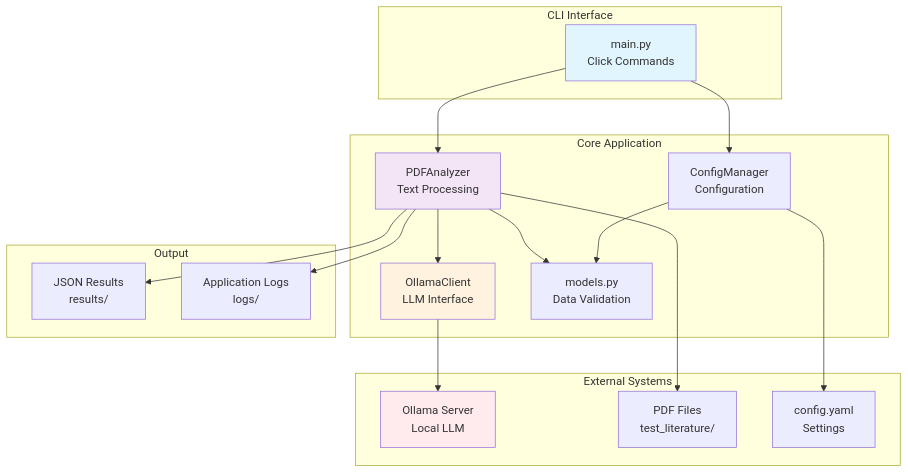
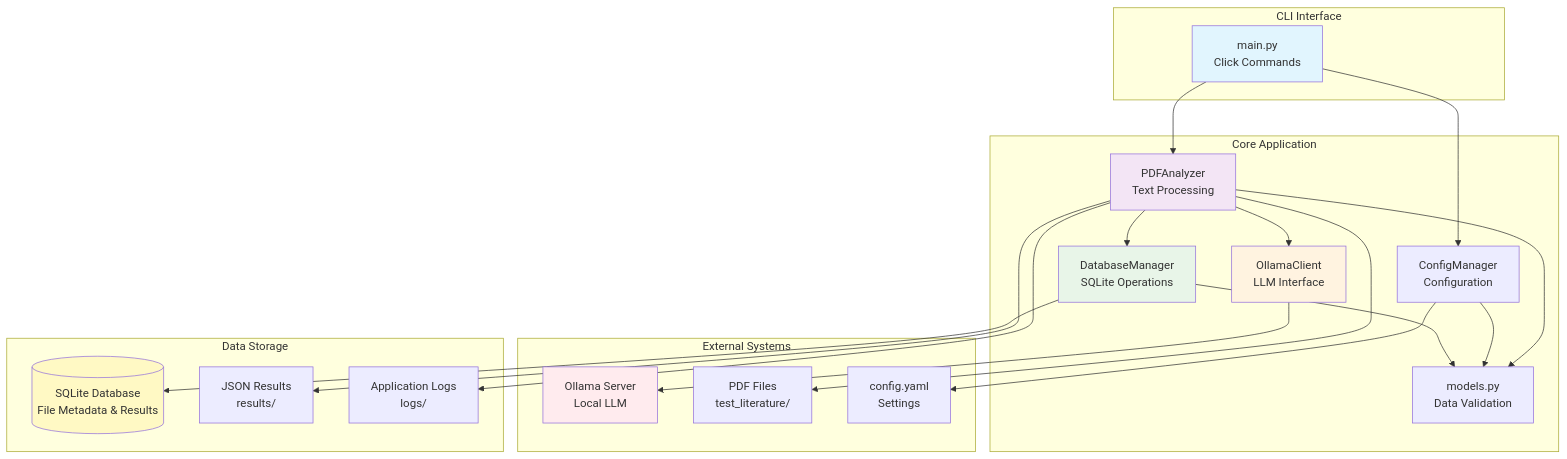
Before and after one commit to JoJoDataPhysics/lit_DB: the diagram in README.md, drawn with Mermaid. The commit also changed 3 other files, not shown here.

First line of the commit message:
Add SQLite database persistence with deduplication and PDF metadata

````diff
--- a/README.md
+++ b/README.md
@@ -17,40 +17,47 @@
 ```mermaid
 graph TB
     subgraph "CLI Interface"
         CLI[main.py<br/>Click Commands]
     end
     
     subgraph "Core Application"
         PA[PDFAnalyzer<br/>Text Processing]
         OC[OllamaClient<br/>LLM Interface] 
         CM[ConfigManager<br/>Configuration]
+        DM[DatabaseManager<br/>SQLite Operations]
         Models[models.py<br/>Data Validation]
     end
     
     subgraph "External Systems"
         Ollama[Ollama Server<br/>Local LLM]
         PDFs[PDF Files<br/>test_literature/]
         Config[config.yaml<br/>Settings]
     end
     
-    subgraph "Output"
+    subgraph "Data Storage"
+        DB[(SQLite Database<br/>File Metadata & Results)]
         JSON[JSON Results<br/>results/]
         Logs[Application Logs<br/>logs/]
     end
     
     CLI --> PA
     CLI --> CM
     PA --> OC
+    PA --> DM
     PA --> Models
     CM --> Config
     CM --> Models
+    DM --> DB
+    DM --> Models
     OC --> Ollama
     PA --> PDFs
     PA --> JSON
     PA --> Logs
     
     style CLI fill:#e1f5fe
     style PA fill:#f3e5f5
     style OC fill:#fff3e0
+    style DM fill:#e8f5e8
+    style DB fill:#fff9c4
     style Ollama fill:#ffebee
 ```
````
